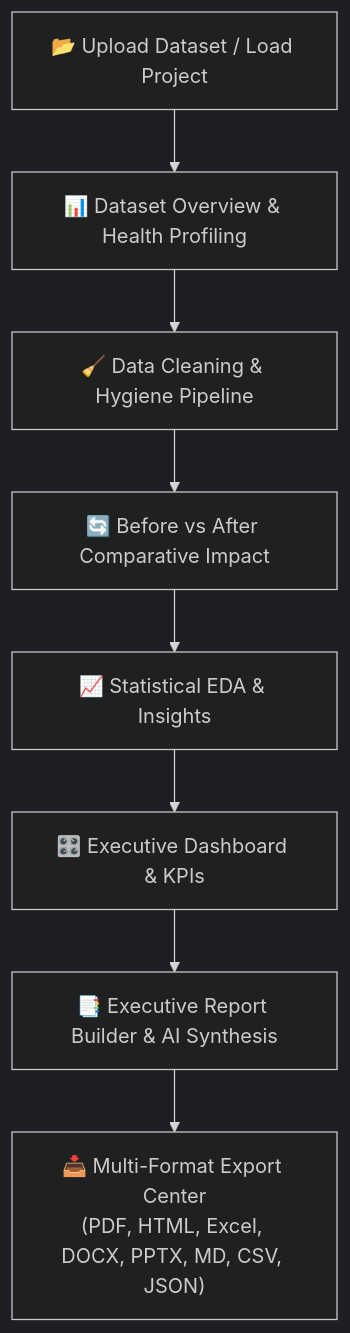
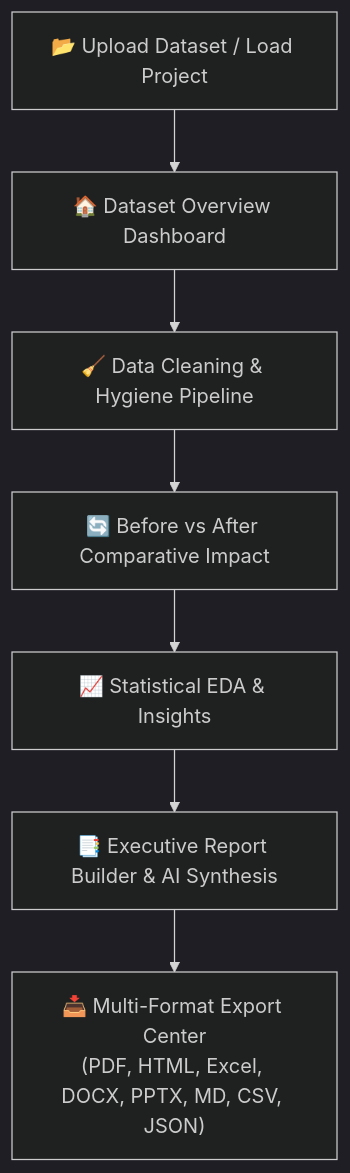
One commit to Sarthak-1304/DataPilot changed the first of 3 diagrams in README.md. Above: the diagram before and after it, drawn with Mermaid (dark theme).

Commit message:
docs(readme): fix workflow flowchart to reflect actual app pages without Executive Dashboard

````diff
--- a/README.md
+++ b/README.md
@@ -42,10 +42,9 @@
 ```mermaid
 flowchart TD
-    A["📂 Upload Dataset / Load Project"] --> B["📊 Dataset Overview & Health Profiling"]
+    A["📂 Upload Dataset / Load Project"] --> B["🏠 Dataset Overview Dashboard"]
     B --> C["🧹 Data Cleaning & Hygiene Pipeline"]
     C --> D["🔄 Before vs After Comparative Impact"]
     D --> E["📈 Statistical EDA & Insights"]
-    E --> F["🎛️ Executive Dashboard & KPIs"]
-    F --> G["📑 Executive Report Builder & AI Synthesis"]
-    G --> H["📥 Multi-Format Export Center<br/>(PDF, HTML, Excel, DOCX, PPTX, MD, CSV, JSON)"]
+    E --> F["📑 Executive Report Builder & AI Synthesis"]
+    F --> G["📥 Multi-Format Export Center<br/>(PDF, HTML, Excel, DOCX, PPTX, MD, CSV, JSON)"]
 ```
````
